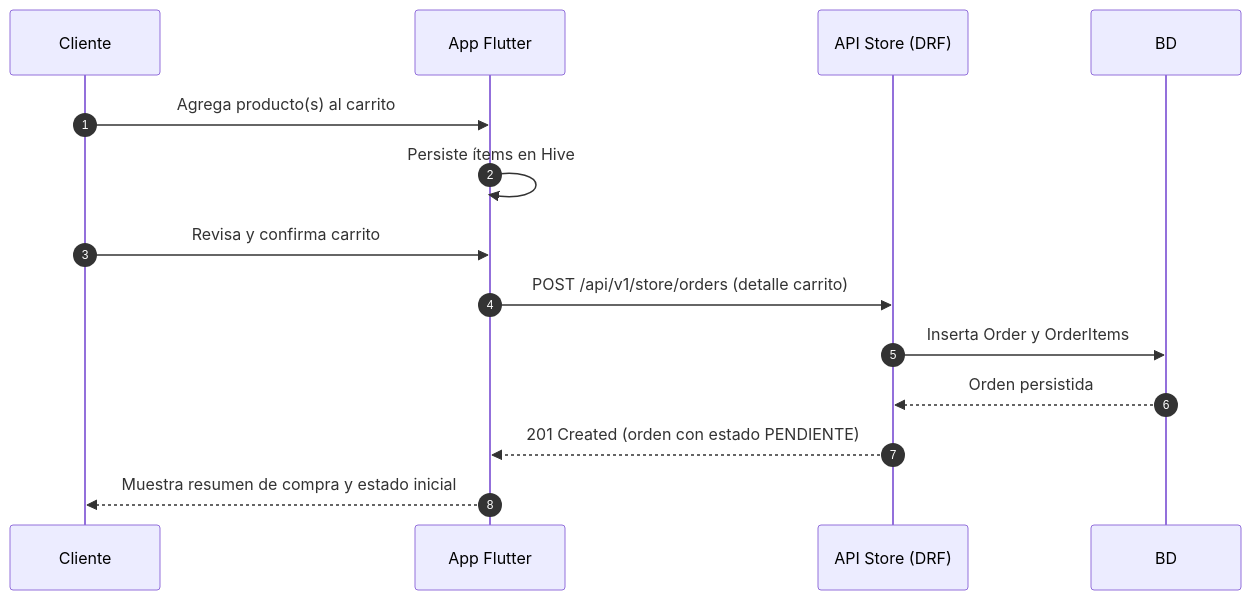
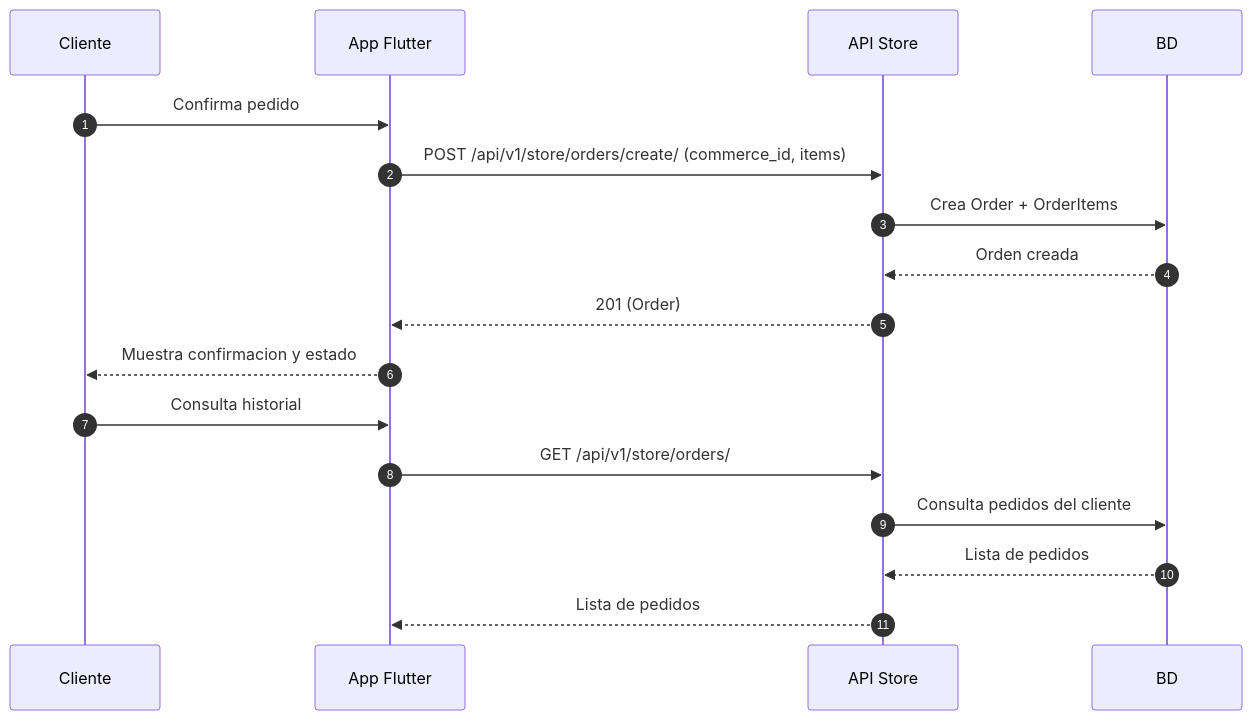
One commit to Karatsuyu/Runners changed diagram 13 of 42 in Documento_Desarrollo_Runners.md. Above: the diagram before and after it, drawn with Mermaid. The commit also changed other lines of this file and 4 other files, not shown here.

Commit message:
docs: sync runners documentation and flows

````diff
--- a/Documento_Desarrollo_Runners.md
+++ b/Documento_Desarrollo_Runners.md
@@ -1529,17 +1979,20 @@
 ```mermaid
 sequenceDiagram
     autonumber
     participant C as Cliente
     participant F as App Flutter
-    participant S as API Store (DRF)
+    participant S as API Store
     participant DB as BD
 
-    C->>F: Agrega producto(s) al carrito
-    F->>F: Persiste ítems en Hive
-    C->>F: Revisa y confirma carrito
-    F->>S: POST /api/v1/store/orders (detalle carrito)
-    S->>DB: Inserta Order y OrderItems
-    DB-->>S: Orden persistida
-    S-->>F: 201 Created (orden con estado PENDIENTE)
-    F-->>C: Muestra resumen de compra y estado inicial
+    C->>F: Confirma pedido
+    F->>S: POST /api/v1/store/orders/create/ (commerce_id, items)
+    S->>DB: Crea Order + OrderItems
+    DB-->>S: Orden creada
+    S-->>F: 201 (Order)
+    F-->>C: Muestra confirmacion y estado
+    C->>F: Consulta historial
+    F->>S: GET /api/v1/store/orders/
+    S->>DB: Consulta pedidos del cliente
+    DB-->>S: Lista de pedidos
+    S-->>F: Lista de pedidos
 ```
````
